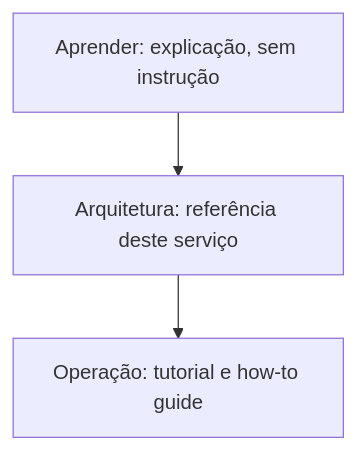
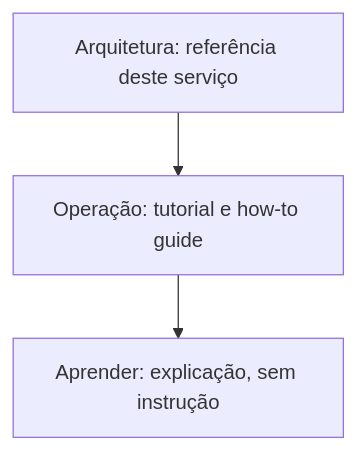
The diagram in docs/index.md (ladesa-ro/management-service), drawn with Mermaid before and after one commit. The commit also changed other lines of this file and 4 other files, not shown here.

````diff
--- a/docs/index.md
+++ b/docs/index.md
@@ -7,5 +7,5 @@
 ```mermaid
 flowchart TB
-    Aprender["Aprender: explicação, sem instrução"] --> Arquitetura["Arquitetura: referência deste serviço"]
-    Arquitetura --> Operacao["Operação: tutorial e how-to guide"]
+    Arquitetura["Arquitetura: referência deste serviço"] --> Operacao["Operação: tutorial e how-to guide"]
+    Operacao --> Aprender["Aprender: explicação, sem instrução"]
 ```
````
